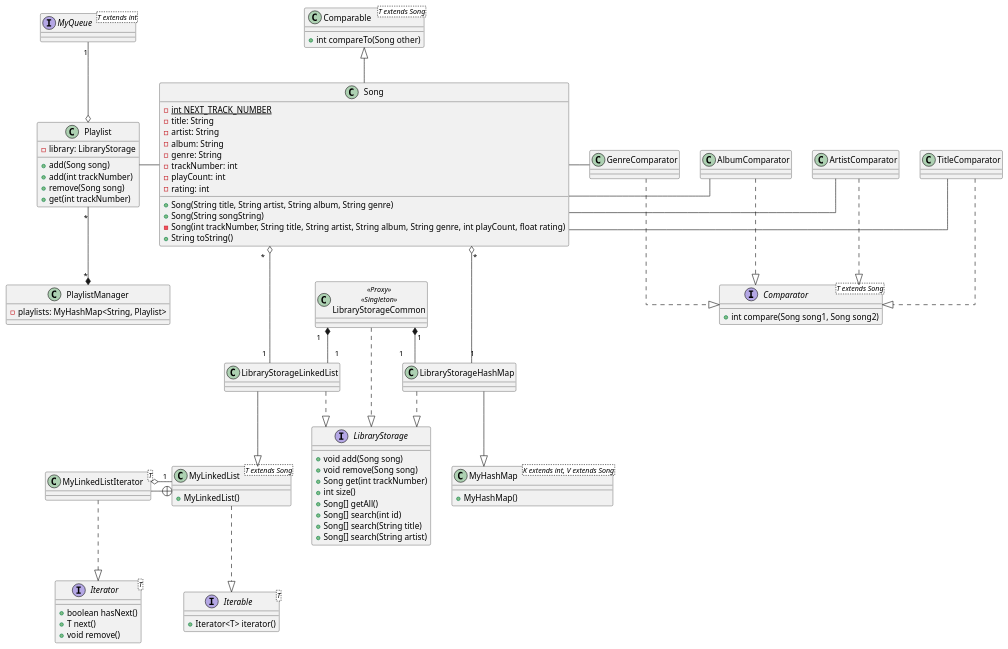
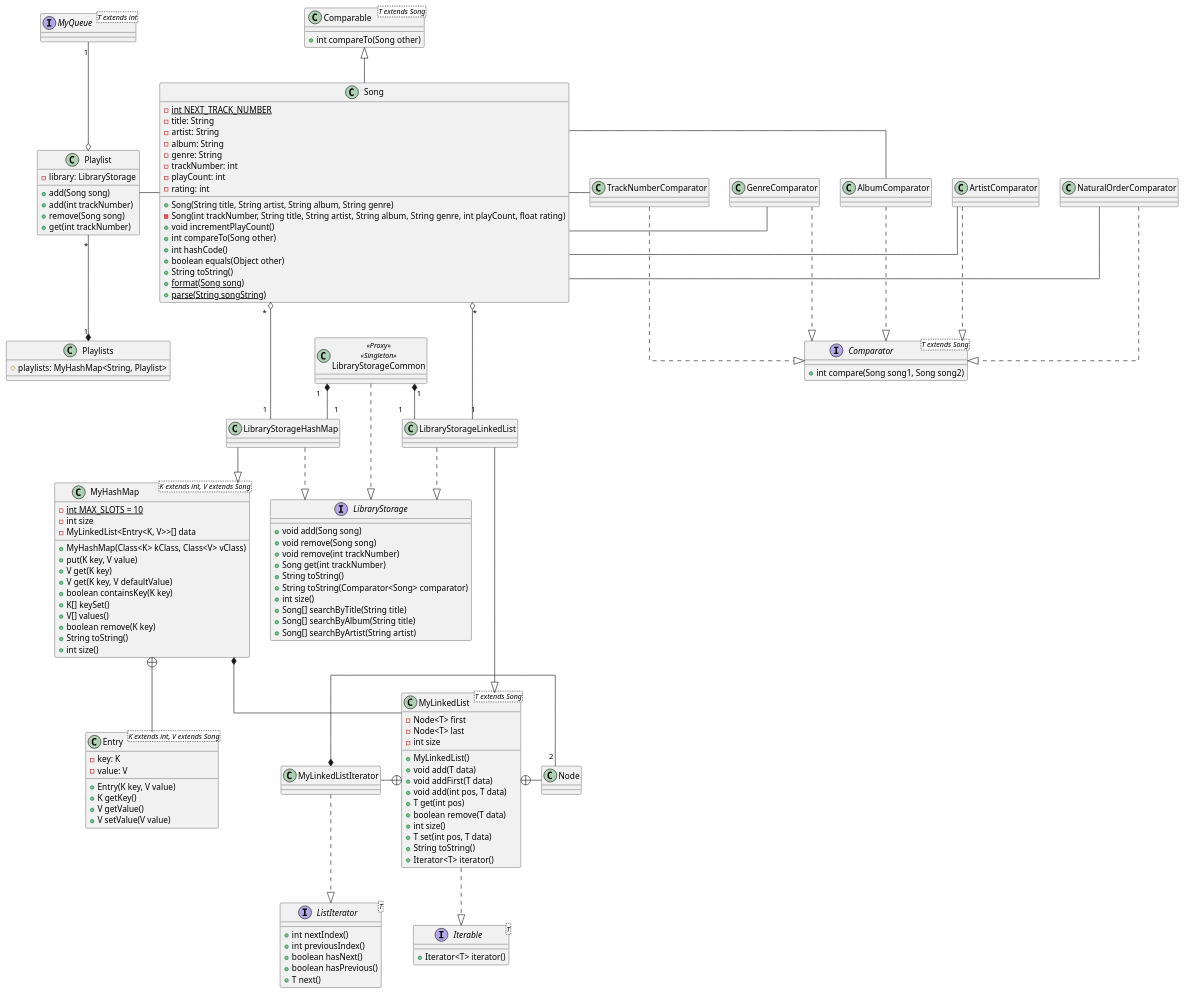
One commit to sinux-l5d/music-manager changed the diagram in uml/library.puml. Above: the diagram before and after it, drawn with PlantUML.

Commit message:
doc: update lib UML

```diff
--- a/uml/library.puml
+++ b/uml/library.puml
@@ -1,125 +1,169 @@
 @startuml
 skinparam linetype ortho
 
 'Relationships
 LibraryStorageCommon "1" *-- "1" LibraryStorageLinkedList
 LibraryStorageCommon "1" *-- "1" LibraryStorageHashMap
 LibraryStorageCommon ..|> LibraryStorage
 
 'use MyHashMap
-Playlist "*" --* "*" PlaylistManager
+Playlist "*" --* "1" Playlists
 Playlist - Song
 MyQueue "1" --o Playlist
 'LibraryStorage "1" -o Playlist
 
 LibraryStorageHashMap ..|> LibraryStorage
 LibraryStorageHashMap --|> MyHashMap
+MyHashMap *-- MyLinkedList
+MyHashMap +-- Entry
 Song "*" o--- "1" LibraryStorageHashMap
 
 LibraryStorageLinkedList ..|> LibraryStorage
 LibraryStorageLinkedList --|> MyLinkedList
 Song "*" o--- "1" LibraryStorageLinkedList
 
-MyLinkedListIterator o- "1" MyLinkedList
 MyLinkedListIterator -+ MyLinkedList
-MyLinkedListIterator ..|> Iterator
+MyLinkedListIterator ..|> ListIterator
 MyLinkedList ..|> Iterable
+MyLinkedList +- Node
+MyLinkedListIterator *- "2" Node
 
 Comparable <|-- Song
 
-TitleComparator ..|> Comparator
-Song - TitleComparator
+NaturalOrderComparator ..|> Comparator
+Song - NaturalOrderComparator
 ArtistComparator ..|> Comparator
 Song - ArtistComparator
 AlbumComparator ..|> Comparator
 Song - AlbumComparator
 GenreComparator ..|> Comparator
 Song - GenreComparator
+TrackNumberComparator ..|> Comparator
+Song - TrackNumberComparator
+
 
 
 class Comparable<T extends Song> {
     + int compareTo(Song other)
 }
 
 interface Comparator<T extends Song> {
     + int compare(Song song1, Song song2)
 }
 
 class LibraryStorageCommon <<Proxy>> <<Singleton>>
 
 interface LibraryStorage {
     + void add(Song song)
     + void remove(Song song)
+    + void remove(int trackNumber)
     + Song get(int trackNumber)
+    + String toString()
+    + String toString(Comparator<Song> comparator)
     + int size()
-    + Song[] getAll()
-    + Song[] search(int id)
-    + Song[] search(String title)
-    + Song[] search(String artist)
+    + Song[] searchByTitle(String title)
+    + Song[] searchByAlbum(String title)
+    + Song[] searchByArtist(String artist)
 }
 
 'Linked list
-class LibraryStorageLinkedList
-
 class MyLinkedList<T extends Song> {
+    - Node<T> first
+    - Node<T> last
+    - int size
     + MyLinkedList()
+    + void add(T data)
+    + void addFirst(T data)
+    + void add(int pos, T data)
+    + T get(int pos)
+    + boolean remove(T data)
+    + int size()
+    + T set(int pos, T data)
+    + String toString()
+    + Iterator<T> iterator()
 }
-
-class MyLinkedListIterator<T>
 
 interface Iterable<T> {
     + Iterator<T> iterator()
 }
 
-interface Iterator<T> {
+interface ListIterator<T> {
+    + int nextIndex()
+    + int previousIndex()
     + boolean hasNext()
+    + boolean hasPrevious()
     + T next()
-    + void remove()
 }
 
 'Hash map
 
 class LibraryStorageHashMap
 
 class MyHashMap<K extends int, V extends Song> {
-    + MyHashMap()
+    - {static} int MAX_SLOTS = 10
+    - int size
+    - MyLinkedList<Entry<K, V>>[] data
+    + MyHashMap(Class<K> kClass, Class<V> vClass)
+    + put(K key, V value)
+    + V get(K key)
+    + V get(K key, V defaultValue)
+    + boolean containsKey(K key)
+    + K[] keySet()
+    + V[] values()
+    + boolean remove(K key)
+    + String toString()
+    + int size()
+}
+
+class Entry<K extends int, V extends Song> {
+    - key: K
+    - value: V
+    + Entry(K key, V value)
+    + K getKey()
+    + V getValue()
+    + V setValue(V value)
 }
 
 'Song
 
 class Song {
     - {static} int NEXT_TRACK_NUMBER
     - title: String
     - artist: String
     - album: String
     - genre: String
     - trackNumber: int
     - playCount: int
     - rating: int
     + Song(String title, String artist, String album, String genre)
-    + Song(String songString)
     - Song(int trackNumber, String title, String artist, String album, String genre, int playCount, float rating)
-    'trackNumber|album|artist|genre|title|playCount|rating
+    + void incrementPlayCount()
+    + int compareTo(Song other)
+    + int hashCode()
+    + boolean equals(Object other)
     + String toString()
+    + {static} format(Song song)
+    + {static} parse(String songString)
 }
 
 'Playlists
 
 class Playlist {
     - library: LibraryStorage
     'check it exists first, then add to queue
     + add(Song song)
     + add(int trackNumber)
     + remove(Song song)
     + get(int trackNumber)
 }
-class PlaylistManager {
-    - playlists: MyHashMap<String, Playlist>
+
+class Playlists {
+    # playlists: MyHashMap<String, Playlist>
 }
 
 'Queue
 
 interface MyQueue<T extends int> {
 }
 
 @enduml
```
